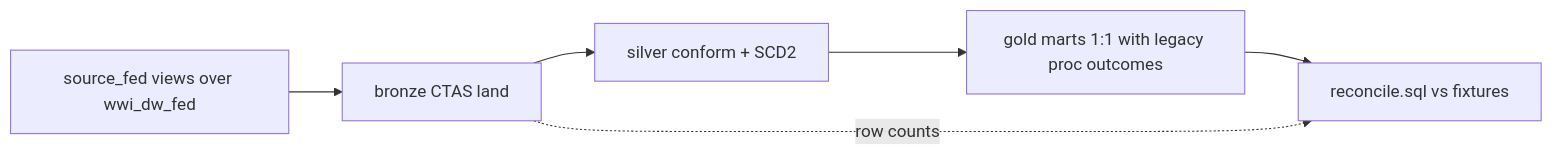
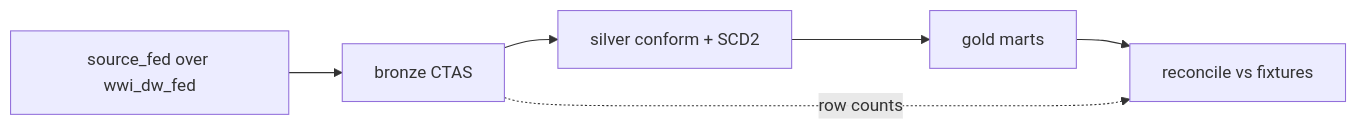
The diagram in databricks/README.md (Jericho2010/edwmigration), drawn with Mermaid before and after one commit. The commit also changed other lines of this file and 24 other files, not shown here.

````diff
--- a/databricks/README.md
+++ b/databricks/README.md
@@ -17,8 +18,8 @@
 ```mermaid
 flowchart LR
-  Fed[source_fed views over wwi_dw_fed] --> Bronze[bronze CTAS land]
+  Fed[source_fed over wwi_dw_fed] --> Bronze[bronze CTAS]
   Bronze --> Silver[silver conform + SCD2]
-  Silver --> Gold[gold marts 1:1 with legacy proc outcomes]
-  Gold --> Reconcile[reconcile.sql vs fixtures]
+  Silver --> Gold[gold marts]
+  Gold --> Reconcile[reconcile vs fixtures]
   Bronze -.row counts.-> Reconcile
 ```
````
